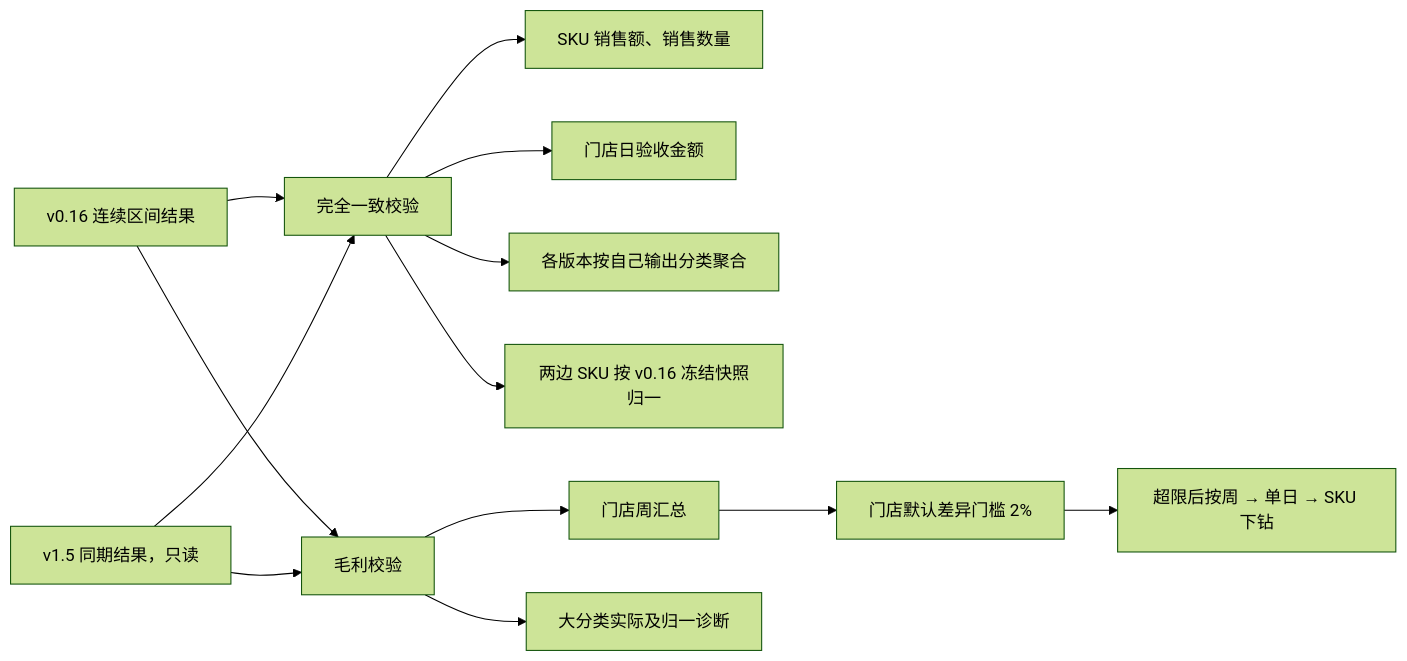
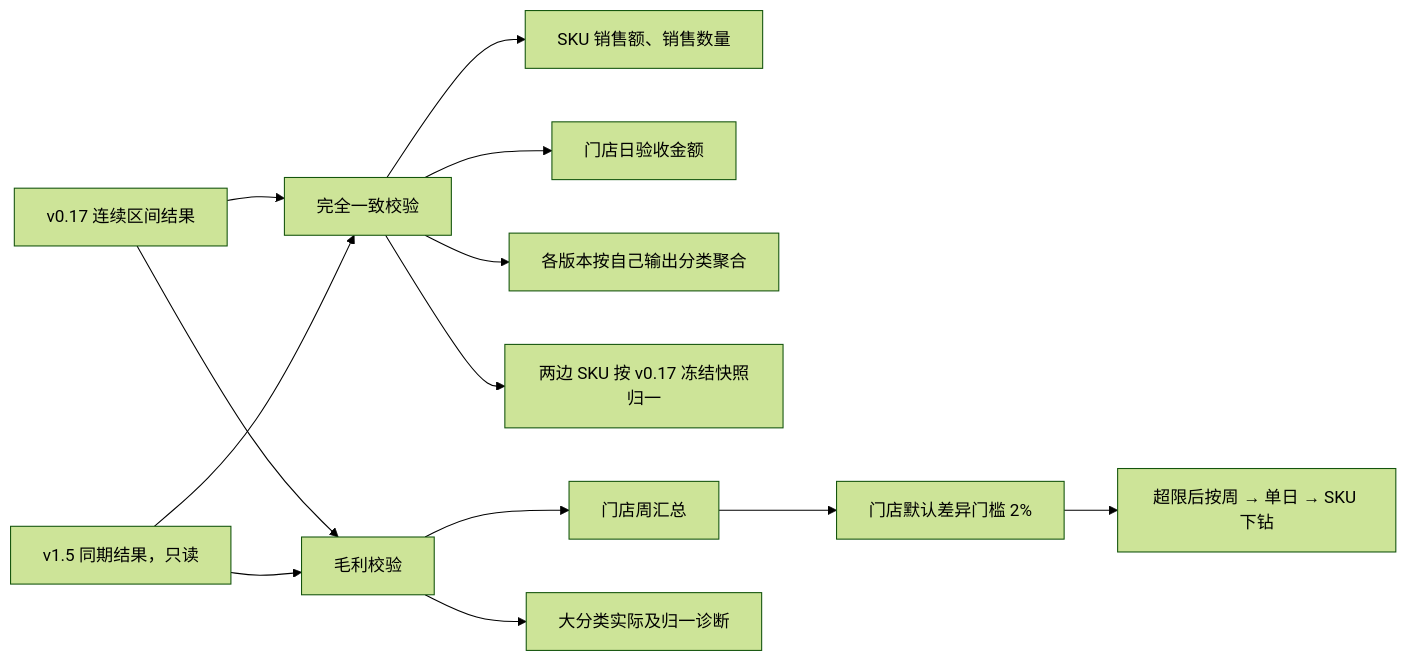
Before and after one commit to kate636/cuihua-data: the eighth of 8 diagrams in fmetl/README.md, drawn with Mermaid (forest theme). The commit also changed other lines of this file and 27 other files, not shown here.

````diff
--- a/fmetl/README.md
+++ b/fmetl/README.md
@@ -564,16 +548,16 @@
 ```mermaid
 flowchart LR
-    V016["v0.16 连续区间结果"] --> EXACT["完全一致校验"]
+    V017["v0.17 连续区间结果"] --> EXACT["完全一致校验"]
     V15["v1.5 同期结果，只读"] --> EXACT
     EXACT --> SALES["SKU 销售额、销售数量"]
     EXACT --> RECEIVE["门店日验收金额"]
     EXACT --> ACTUAL_CATEGORY["各版本按自己输出分类聚合"]
-    EXACT --> NORMALIZED_CATEGORY["两边 SKU 按 v0.16 冻结快照归一"]
+    EXACT --> NORMALIZED_CATEGORY["两边 SKU 按 v0.17 冻结快照归一"]
 
-    V016 --> PROFIT["毛利校验"]
+    V017 --> PROFIT["毛利校验"]
     V15 --> PROFIT
     PROFIT --> STORE["门店周汇总"]
     PROFIT --> L1["大分类实际及归一诊断"]
     STORE --> LIMIT["门店默认差异门槛 2%"]
     LIMIT --> DRILL["超限后按周 → 单日 → SKU 下钻"]
 ```
````
